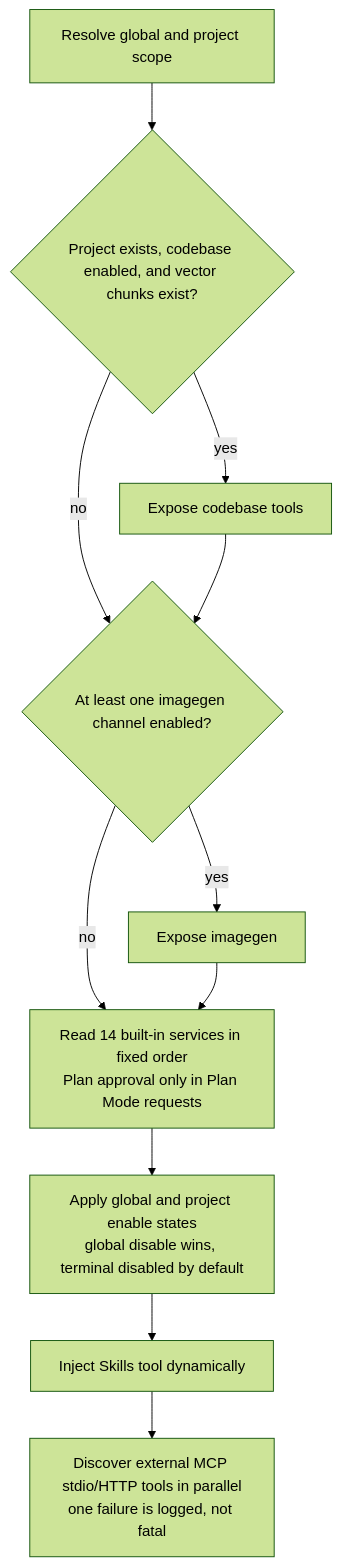
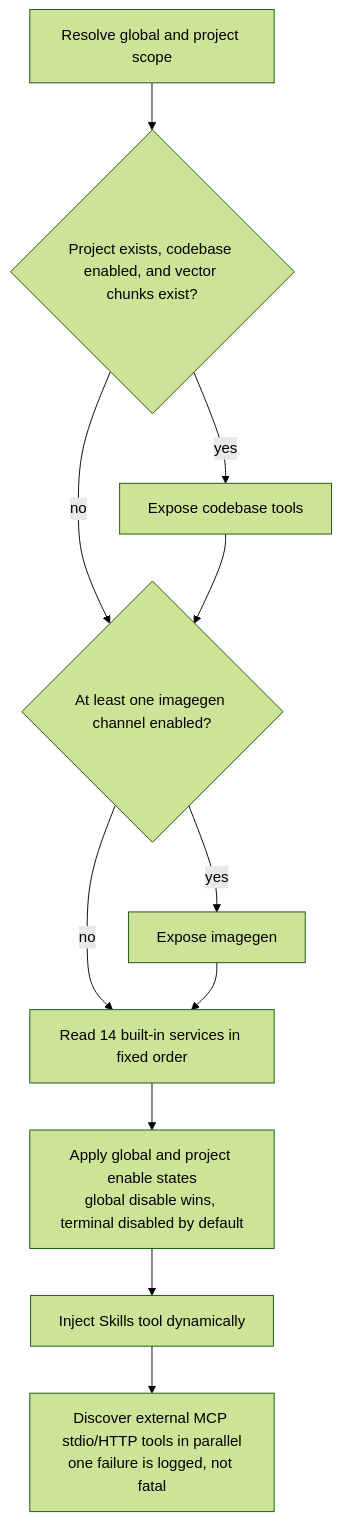
Before and after one commit to BaSui01/snow-app: diagram 12 of 23 in docs/en/4-architecture-and-development/4-agent-runtime-and-tool-orchestration.md, drawn with Mermaid (forest theme). The commit also changed other lines of this file and 135 other files, not shown here.

First line of the commit message:
refactor: remove Plan Mode feature

````diff
--- a/docs/en/4-architecture-and-development/4-agent-runtime-and-tool-orchestration.md
+++ b/docs/en/4-architecture-and-development/4-agent-runtime-and-tool-orchestration.md
@@ -463,13 +463,13 @@
 ```mermaid
 flowchart TD
     A[Resolve global and project scope] --> B{Project exists, codebase enabled, and vector chunks exist?}
     B -- yes --> C[Expose codebase tools]
     B -- no --> D
     C --> D{At least one imagegen channel enabled?}
     D -- yes --> E[Expose imagegen]
     D -- no --> F
-    E --> F[Read 14 built-in services in fixed order<br/>Plan approval only in Plan Mode requests]
+    E --> F[Read 14 built-in services in fixed order]
     F --> G[Apply global and project enable states<br/>global disable wins, terminal disabled by default]
     G --> H[Inject Skills tool dynamically]
     H --> I[Discover external MCP stdio/HTTP tools in parallel<br/>one failure is logged, not fatal]
 ```
````
